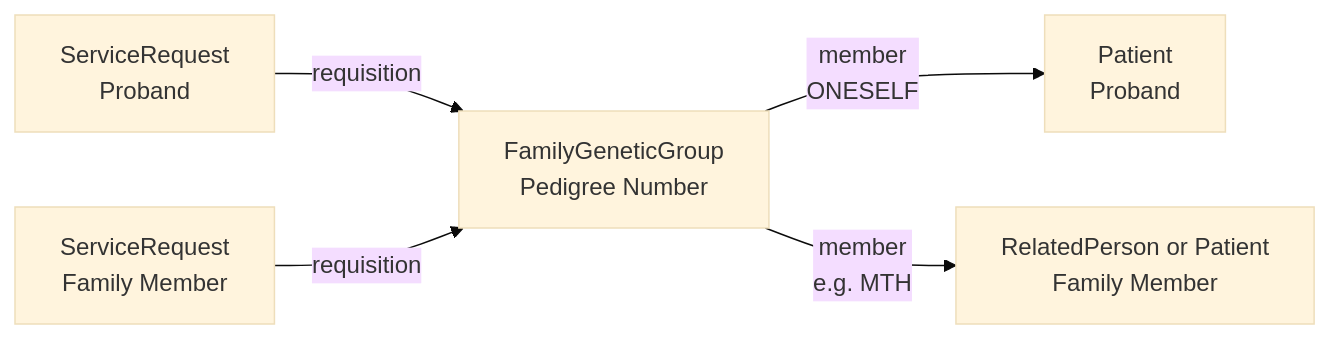
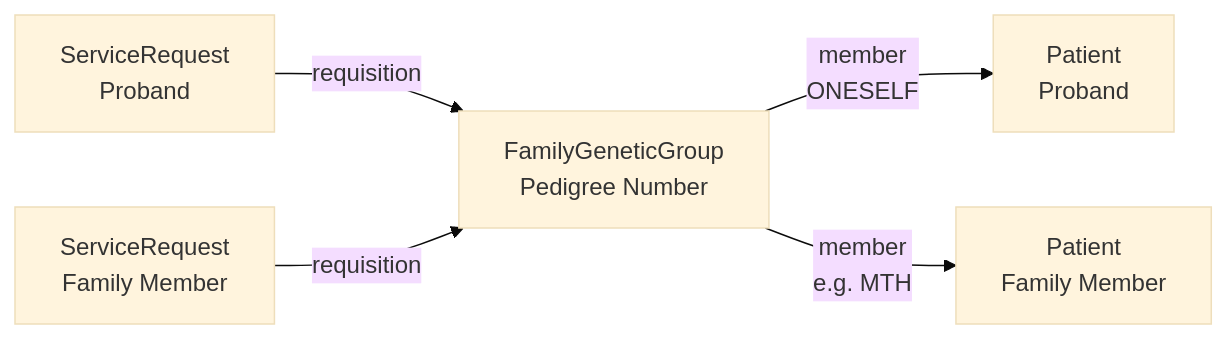
One commit to nw-gmsa/nw-gmsa.github.com changed the diagram in input/pagecontent/StructureDefinition-FamilyGeneticGroup-intro.md. Above: the diagram before and after it, drawn with Mermaid (base theme). The commit also changed other lines of this file and 2 other files, not shown here.

First line of the commit message:
FamilyGeneticGroup: Patient-only members with required family role

````diff
--- a/input/pagecontent/StructureDefinition-FamilyGeneticGroup-intro.md
+++ b/input/pagecontent/StructureDefinition-FamilyGeneticGroup-intro.md
@@ -37,7 +36,7 @@
 ```mermaid
 graph LR
     G[FamilyGeneticGroup<br/>Pedigree Number] -->|member<br/>ONESELF| P[Patient<br/>Proband]
-    G -->|member<br/>e.g. MTH| R[RelatedPerson or Patient<br/>Family Member]
+    G -->|member<br/>e.g. MTH| R[Patient<br/>Family Member]
     SP[ServiceRequest<br/>Proband] -->|requisition| G
     SR[ServiceRequest<br/>Family Member] -->|requisition| G
 ```
````
